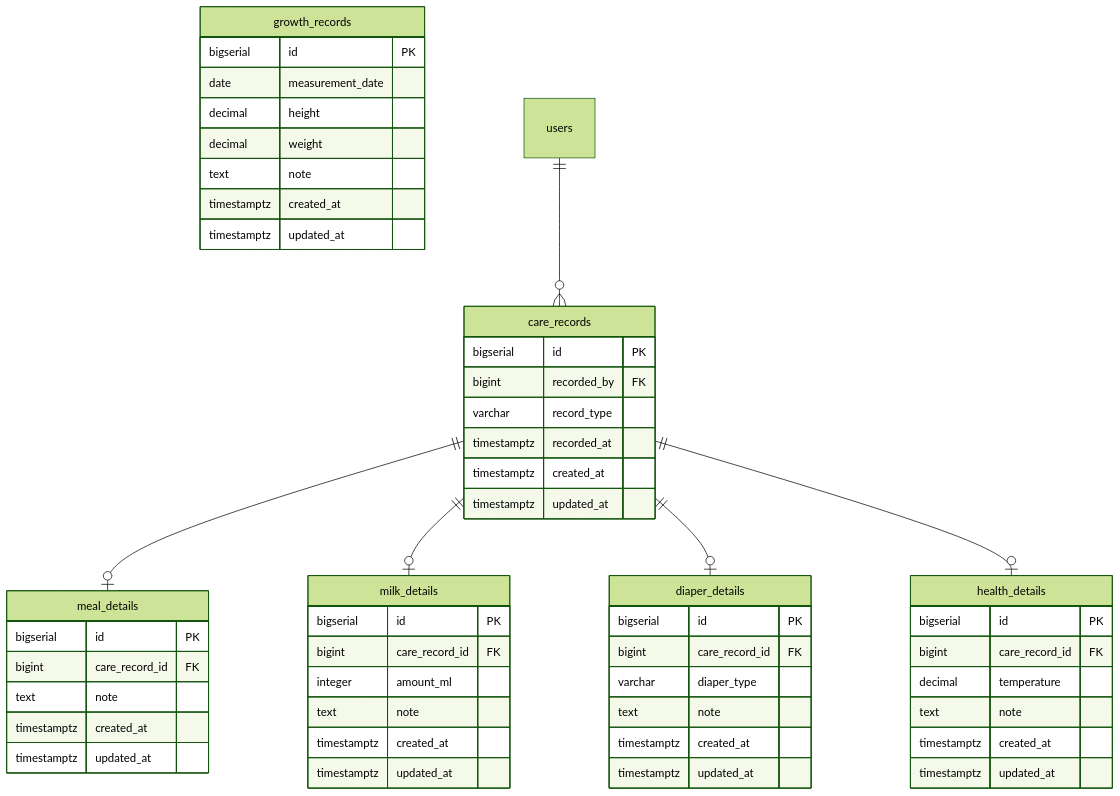
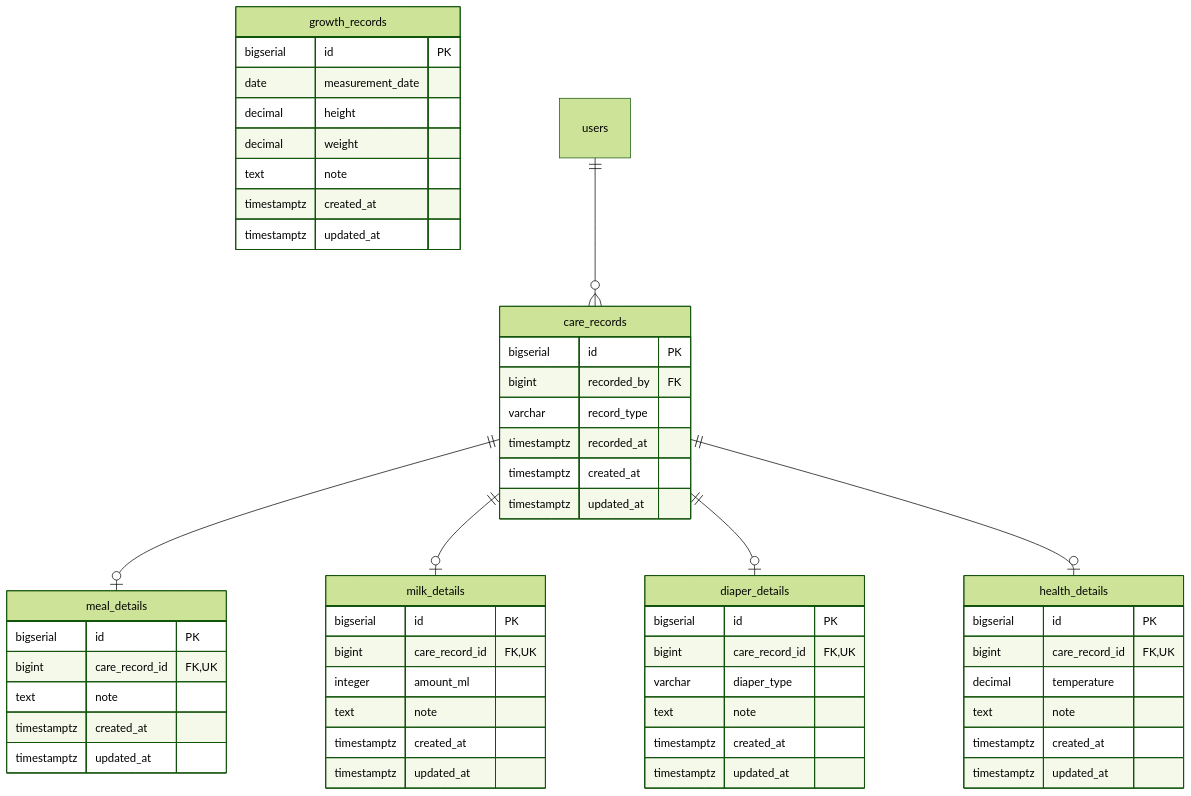
Before and after one commit to sakurai1126/chii-piyo: the third of 5 diagrams in docs/er-diagram.md, drawn with Mermaid (forest theme). The commit also changed other lines of this file and 3 other files, not shown here.

````diff
--- a/docs/er-diagram.md
+++ b/docs/er-diagram.md
@@ -117,62 +117,62 @@
 ```mermaid
 erDiagram
     care_records {
         bigserial id PK
         bigint recorded_by FK
         varchar record_type
         timestamptz recorded_at
         timestamptz created_at
         timestamptz updated_at
     }
 
     meal_details {
         bigserial id PK
-        bigint care_record_id FK
+        bigint care_record_id FK, UK
         text note
         timestamptz created_at
         timestamptz updated_at
     }
 
     milk_details {
         bigserial id PK
-        bigint care_record_id FK
+        bigint care_record_id FK, UK
         integer amount_ml
         text note
         timestamptz created_at
         timestamptz updated_at
     }
 
     diaper_details {
         bigserial id PK
-        bigint care_record_id FK
+        bigint care_record_id FK, UK
         varchar diaper_type
         text note
         timestamptz created_at
         timestamptz updated_at
     }
 
     health_details {
         bigserial id PK
-        bigint care_record_id FK
+        bigint care_record_id FK, UK
         decimal temperature
         text note
         timestamptz created_at
         timestamptz updated_at
     }
 
     growth_records {
         bigserial id PK
         date measurement_date
         decimal height
         decimal weight
         text note
         timestamptz created_at
         timestamptz updated_at
     }
 
     care_records ||--o| meal_details : ""
     care_records ||--o| milk_details : ""
     care_records ||--o| diaper_details : ""
     care_records ||--o| health_details : ""
     users ||--o{ care_records : ""
 ```
````
